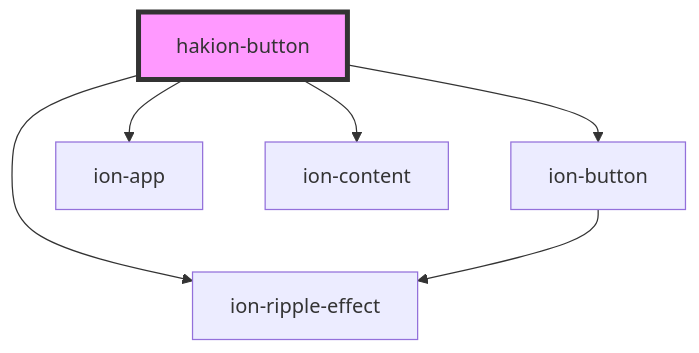
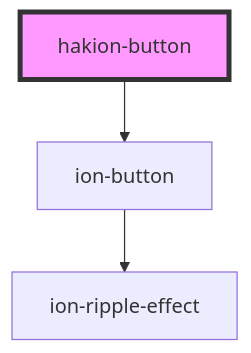
The diagram in src/components/hakion-button/readme.md (Hakkei-Co/nub-ui), drawn with Mermaid before and after one commit. The commit also changed other lines of this file and 34 other files, not shown here.

````diff
--- a/src/components/hakion-button/readme.md
+++ b/src/components/hakion-button/readme.md
@@ -25,9 +30,6 @@
 ```mermaid
 graph TD;
-  hakion-button --> ion-ripple-effect
   hakion-button --> ion-button
-  hakion-button --> ion-app
-  hakion-button --> ion-content
   ion-button --> ion-ripple-effect
   style hakion-button fill:#f9f,stroke:#333,stroke-width:4px
 ```
````
